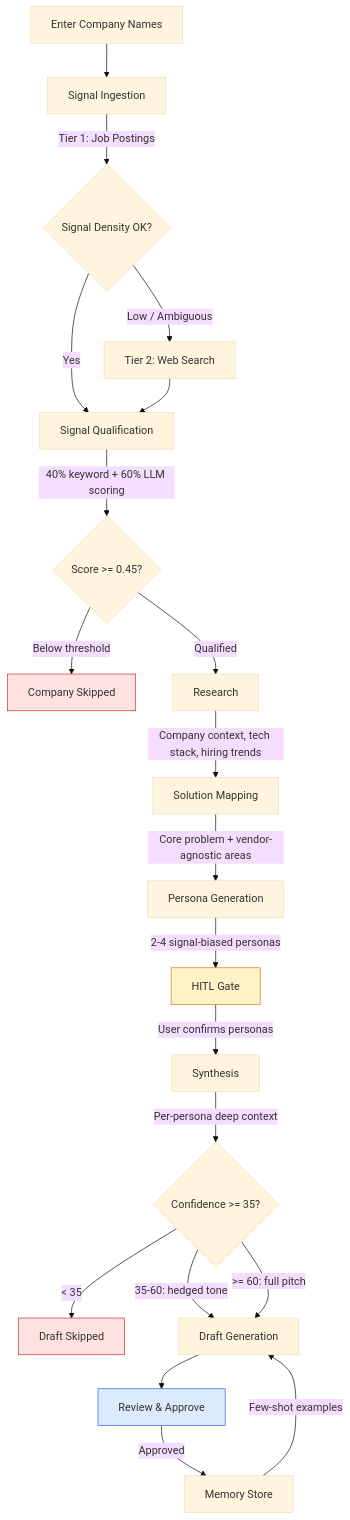
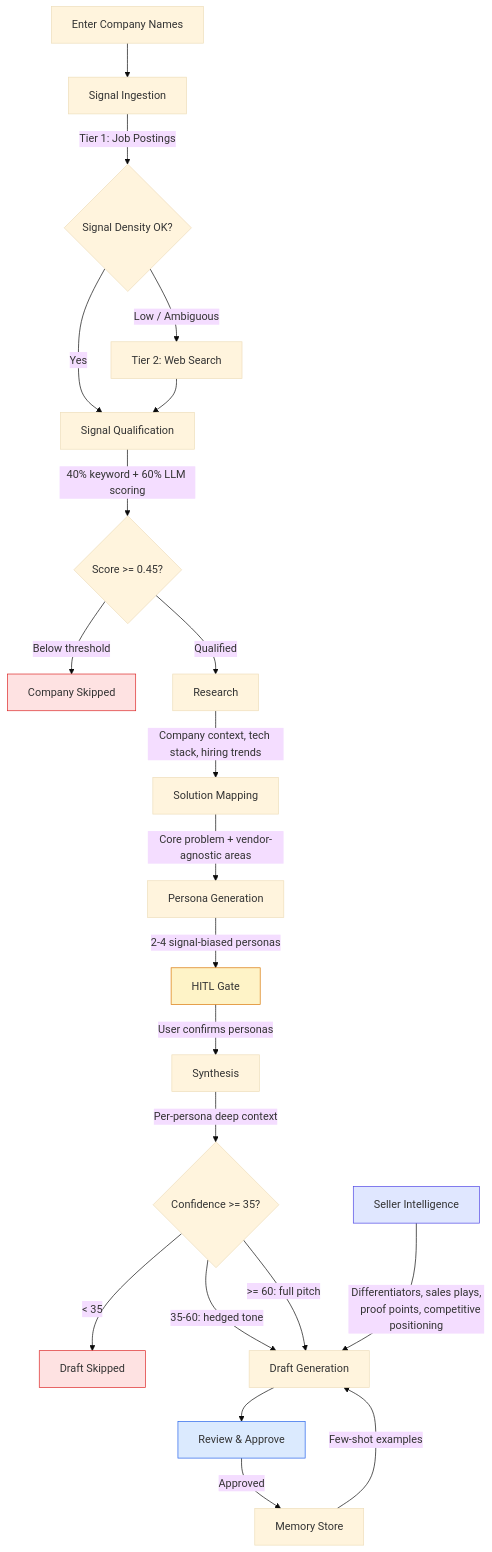
The diagram in README.md (jshahid21/signalforge), drawn with Mermaid (base theme) before and after one commit. The commit also changed other lines of this file, not shown here.

First line of the commit message:
docs: add seller intelligence to README + update Mermaid diagram

````diff
--- a/README.md
+++ b/README.md
@@ -37,27 +37,31 @@
 ```mermaid
 flowchart TD
     A[Enter Company Names] --> B[Signal Ingestion]
     B --> |"Tier 1: Job Postings"| C{Signal Density OK?}
     C --> |Yes| E[Signal Qualification]
     C --> |"Low / Ambiguous"| D["Tier 2: Web Search"]
     D --> E
     E --> |"40% keyword + 60% LLM scoring"| F{Score >= 0.45?}
     F --> |Below threshold| G[Company Skipped]
     F --> |Qualified| H[Research]
     H --> |"Company context, tech stack, hiring trends"| I[Solution Mapping]
     I --> |"Core problem + vendor-agnostic areas"| J[Persona Generation]
     J --> |"2-4 signal-biased personas"| K["HITL Gate"]
     K --> |"User confirms personas"| L[Synthesis]
     L --> |"Per-persona deep context"| M{Confidence >= 35?}
     M --> |"< 35"| N[Draft Skipped]
     M --> |"35-60: hedged tone"| O[Draft Generation]
     M --> |">= 60: full pitch"| O
     O --> P[Review & Approve]
     P --> |Approved| Q[Memory Store]
     Q --> |"Few-shot examples"| O
 
+    S["Seller Intelligence"] --> |"Differentiators, sales plays,
+    proof points, competitive positioning"| O
+
     style K fill:#fef3c7,stroke:#d97706
     style P fill:#dbeafe,stroke:#2563eb
     style G fill:#fee2e2,stroke:#dc2626
     style N fill:#fee2e2,stroke:#dc2626
+    style S fill:#e0e7ff,stroke:#4f46e5
 ```
````
